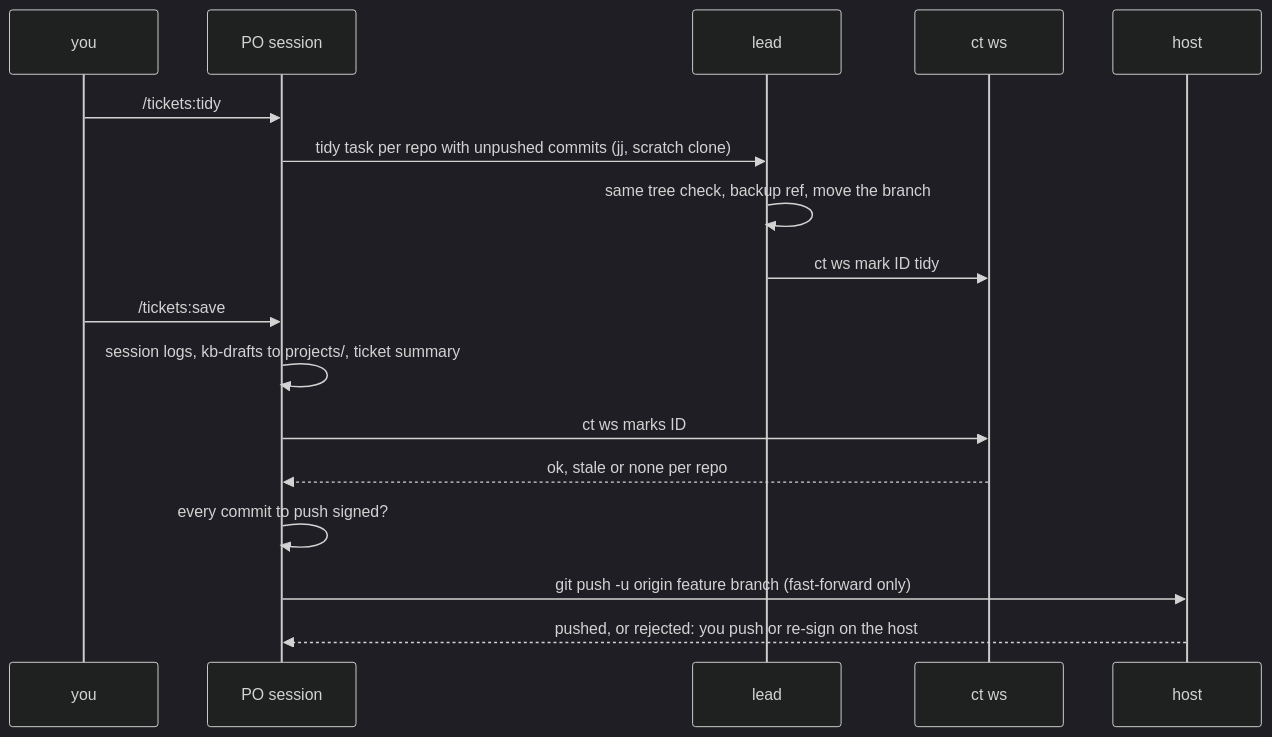
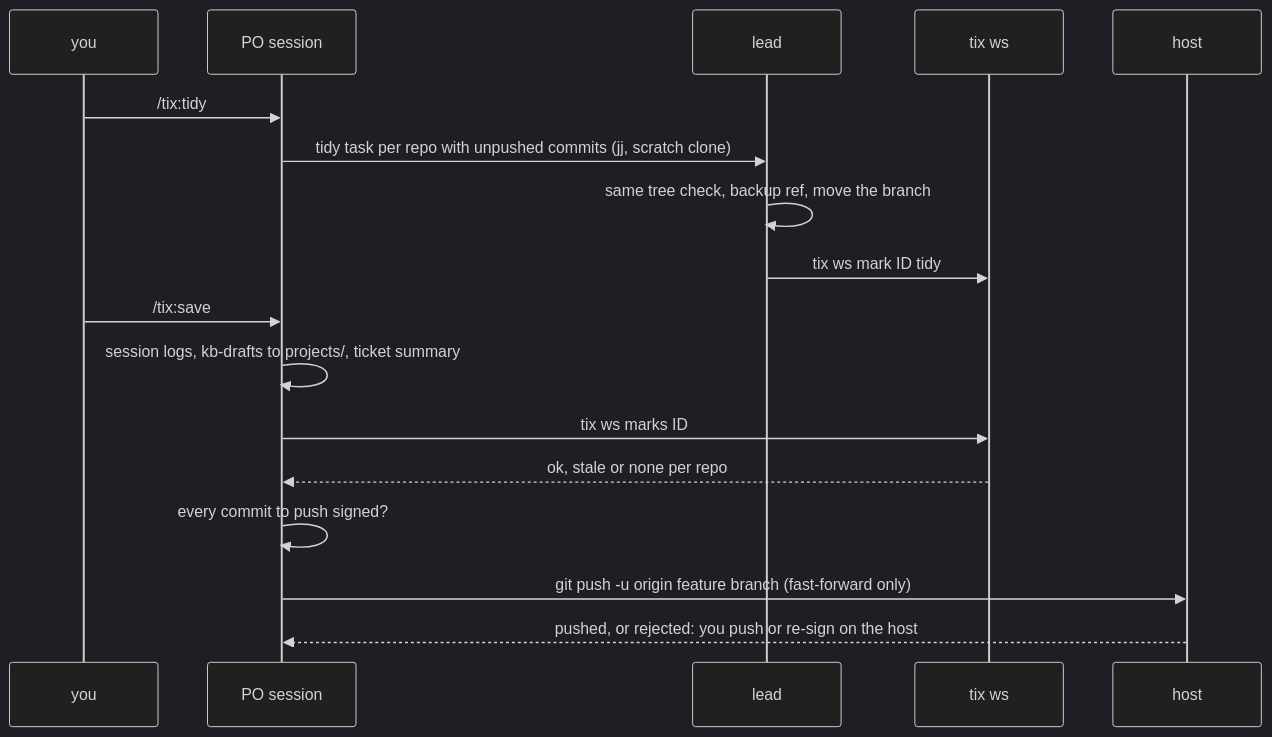
One commit to zero4573/claude-tickets changed the diagram in docs/finishing-a-ticket.md. Above: the diagram before and after it, drawn with Mermaid (dark theme). The commit also changed other lines of this file and 361 other files, not shown here.

First line of the commit message:
feat!: rename claude-tickets to tix and run sessions on kiro too

````diff
--- a/docs/finishing-a-ticket.md
+++ b/docs/finishing-a-ticket.md
@@ -8,19 +8,19 @@
 ```mermaid
 sequenceDiagram
   participant U as you
   participant P as PO session
   participant L as lead
-  participant W as ct ws
+  participant W as tix ws
   participant H as host
-  U->>P: /tickets:tidy
+  U->>P: /tix:tidy
   P->>L: tidy task per repo with unpushed commits (jj, scratch clone)
   L->>L: same tree check, backup ref, move the branch
-  L->>W: ct ws mark ID tidy
-  U->>P: /tickets:save
+  L->>W: tix ws mark ID tidy
+  U->>P: /tix:save
   P->>P: session logs, kb-drafts to projects/, ticket summary
-  P->>W: ct ws marks ID
+  P->>W: tix ws marks ID
   W-->>P: ok, stale or none per repo
   P->>P: every commit to push signed?
   P->>H: git push -u origin feature branch (fast-forward only)
   H-->>P: pushed, or rejected: you push or re-sign on the host
 ```
````
